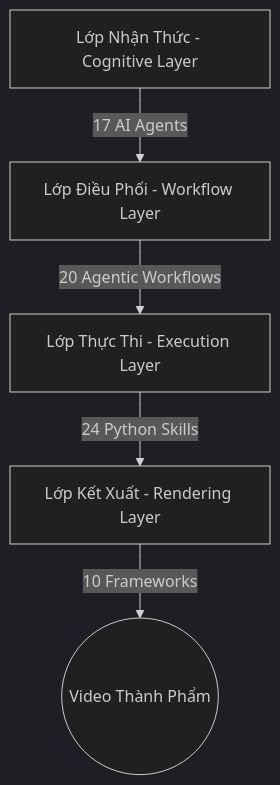
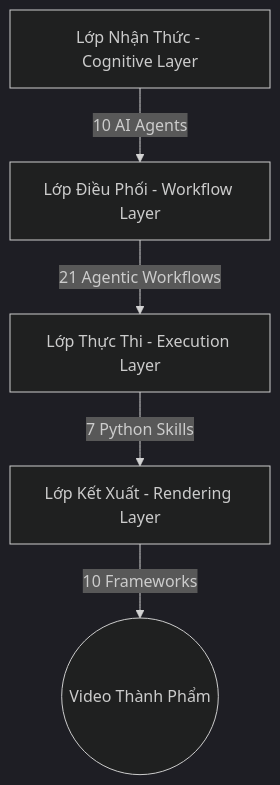
One commit to LongLeo287/SEOSONA-Video-AI changed the diagram in docs/01_SYSTEM_OVERVIEW.md. Above: the diagram before and after it, drawn with Mermaid (dark theme). The commit also changed other lines of this file and 286 other files, not shown here.

````diff
--- a/docs/01_SYSTEM_OVERVIEW.md
+++ b/docs/01_SYSTEM_OVERVIEW.md
@@ -14,7 +14,7 @@
 ```mermaid
 graph TD
-    A[Lớp Nhận Thức - Cognitive Layer] -->|17 AI Agents| B[Lớp Điều Phối - Workflow Layer]
-    B -->|20 Agentic Workflows| C[Lớp Thực Thi - Execution Layer]
-    C -->|24 Python Skills| D[Lớp Kết Xuất - Rendering Layer]
+    A[Lớp Nhận Thức - Cognitive Layer] -->|10 AI Agents| B[Lớp Điều Phối - Workflow Layer]
+    B -->|21 Agentic Workflows| C[Lớp Thực Thi - Execution Layer]
+    C -->|7 Python Skills| D[Lớp Kết Xuất - Rendering Layer]
     D -->|10 Frameworks| E((Video Thành Phẩm))
 ```
````
